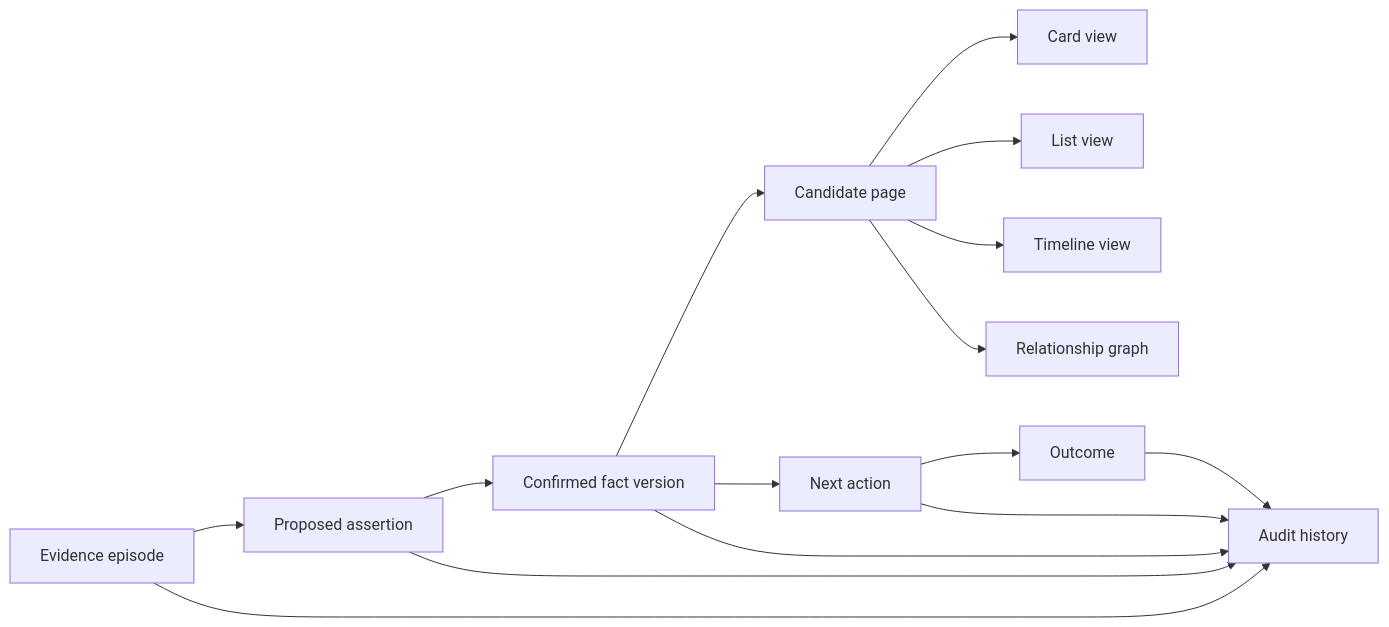
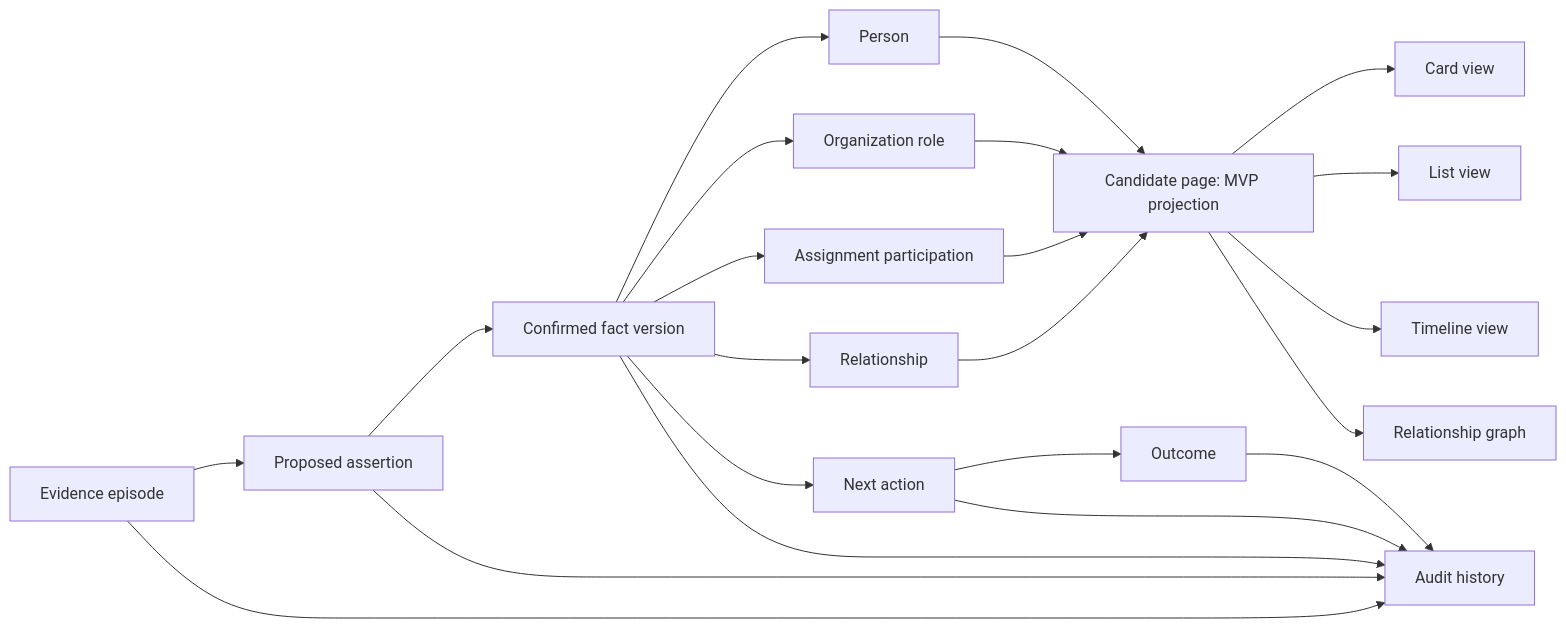
Before and after one commit to getyak/talent-signal: the diagram in docs/design-system.md, drawn with Mermaid. The commit also changed other lines of this file and 17 other files, not shown here.

Commit message:
Document shared product architecture

````diff
--- a/docs/design-system.md
+++ b/docs/design-system.md
@@ -92,17 +99,24 @@
 ```mermaid
 flowchart LR
     E["Evidence episode"] --> A["Proposed assertion"]
     A --> F["Confirmed fact version"]
-    F --> P["Candidate page"]
-    P --> C["Card view"]
-    P --> L["List view"]
-    P --> T["Timeline view"]
-    P --> G["Relationship graph"]
+    F --> P["Person"]
+    F --> R["Organization role"]
+    F --> S["Assignment participation"]
+    F --> X["Relationship"]
+    P --> W["Candidate page: MVP projection"]
+    R --> W
+    S --> W
+    X --> W
+    W --> C["Card view"]
+    W --> L["List view"]
+    W --> T["Timeline view"]
+    W --> G["Relationship graph"]
     F --> N["Next action"]
     N --> O["Outcome"]
     E --> H["Audit history"]
     A --> H
     F --> H
     N --> H
     O --> H
 ```
````
